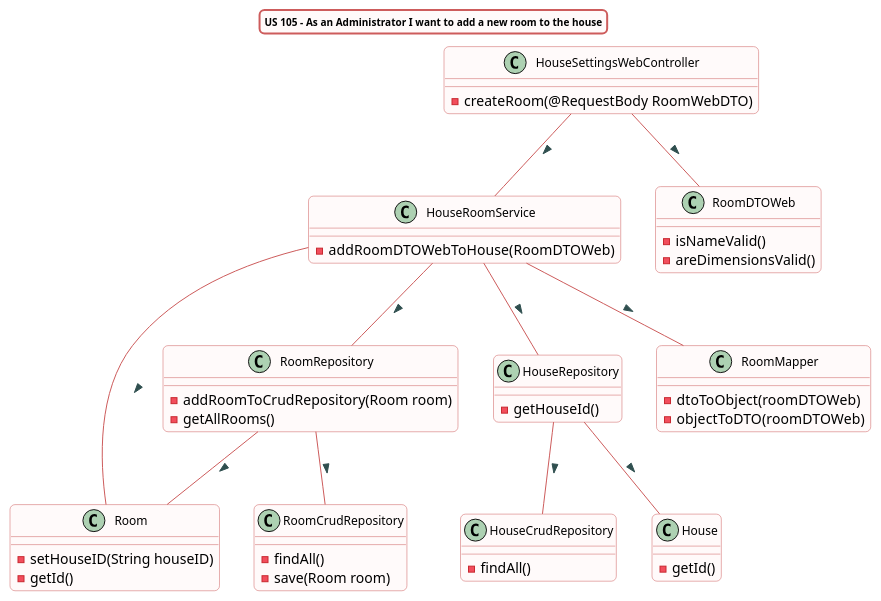
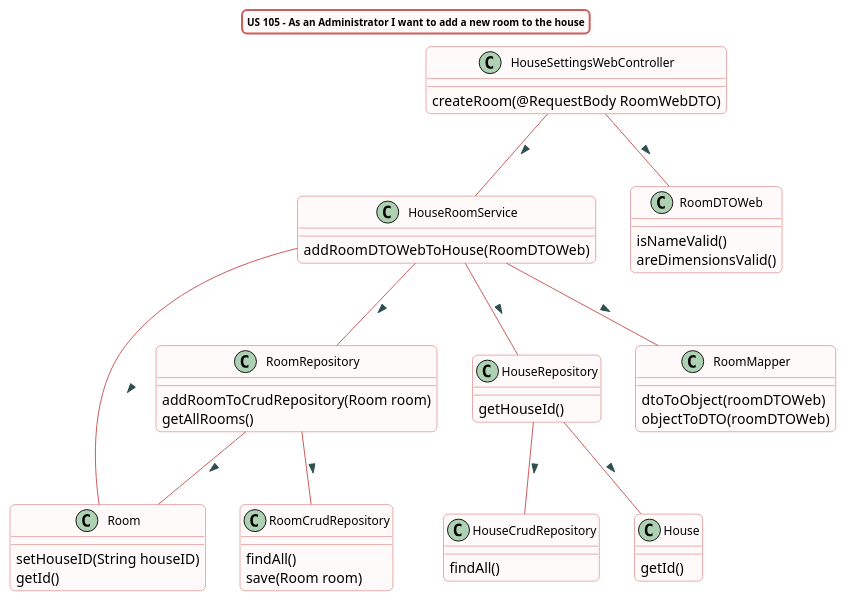
One commit to Almadanmp/project changed the diagram in src/doc/WEB_Controllers/HouseConfiguration/US105/US105_ClassDiagram.puml. Above: the diagram before and after it, drawn with PlantUML. The commit also changed 15 other files, not shown here.

```diff
--- a/src/doc/WEB_Controllers/HouseConfiguration/US105/US105_ClassDiagram.puml
+++ b/src/doc/WEB_Controllers/HouseConfiguration/US105/US105_ClassDiagram.puml
@@ -1,93 +1,93 @@
 @startuml
 
 title US 105 - As an Administrator I want to add a new room to the house
 skinparam titleBorderRoundCorner 10
 skinparam titleBorderThickness 2
 skinparam titleBorderColor indianred
 skinparam titleBackgroundColor Snow
 skinparam FontName quicksand
 skinparam titleFontSize 10
 skinparam roundcorner 10
 
 
 skinparam class {
   BorderColor indianred
   BackgroundColor indianred
   BackgroundColor Snow
    roundcorner 10
    ArrowFontName Verdana
    ArrowColor indianred
    ArrowFontColor darkslategrey
    FontSize 12
 }
 
 class HouseSettingsWebController
 class HouseRoomService
 class RoomRepository
 class HouseRepository
 class Room
 class RoomMapper
 class HouseCrudRepository
 class RoomCrudRepository
 
 HouseSettingsWebController -- HouseRoomService: >
 HouseSettingsWebController -- RoomDTOWeb: >
 HouseRoomService -- RoomMapper : >
 HouseRoomService -- HouseRepository : >
 HouseRoomService -- RoomRepository : >
 HouseRoomService -- Room : >
 HouseRepository -- HouseCrudRepository : >
 HouseRepository -- House : >
 RoomRepository -- RoomCrudRepository : >
 RoomRepository -- Room : >
 
 
 
 
 class HouseSettingsWebController {
--createRoom(@RequestBody RoomWebDTO)
+createRoom(@RequestBody RoomWebDTO)
 }
 
 class RoomDTOWeb {
--isNameValid()
--areDimensionsValid()
+isNameValid()
+areDimensionsValid()
 }
 
 class HouseRoomService {
--addRoomDTOWebToHouse(RoomDTOWeb)
+addRoomDTOWebToHouse(RoomDTOWeb)
 }
 
 class Room{
--setHouseID(String houseID)
--getId()
+setHouseID(String houseID)
+getId()
 }
 
 class RoomMapper{
--dtoToObject(roomDTOWeb)
--objectToDTO(roomDTOWeb)
+dtoToObject(roomDTOWeb)
+objectToDTO(roomDTOWeb)
 }
 
 
 class RoomRepository {
-- addRoomToCrudRepository(Room room)
--getAllRooms()
+addRoomToCrudRepository(Room room)
+getAllRooms()
 }
 
 class HouseRepository {
-- getHouseId()
+getHouseId()
 }
 
 class House {
-- getId()
+getId()
 }
 
 class RoomCrudRepository{
--findAll()
--save(Room room)
+findAll()
+save(Room room)
 }
 
 class HouseCrudRepository{
--findAll()
+findAll()
 }
 
 @enduml
```
